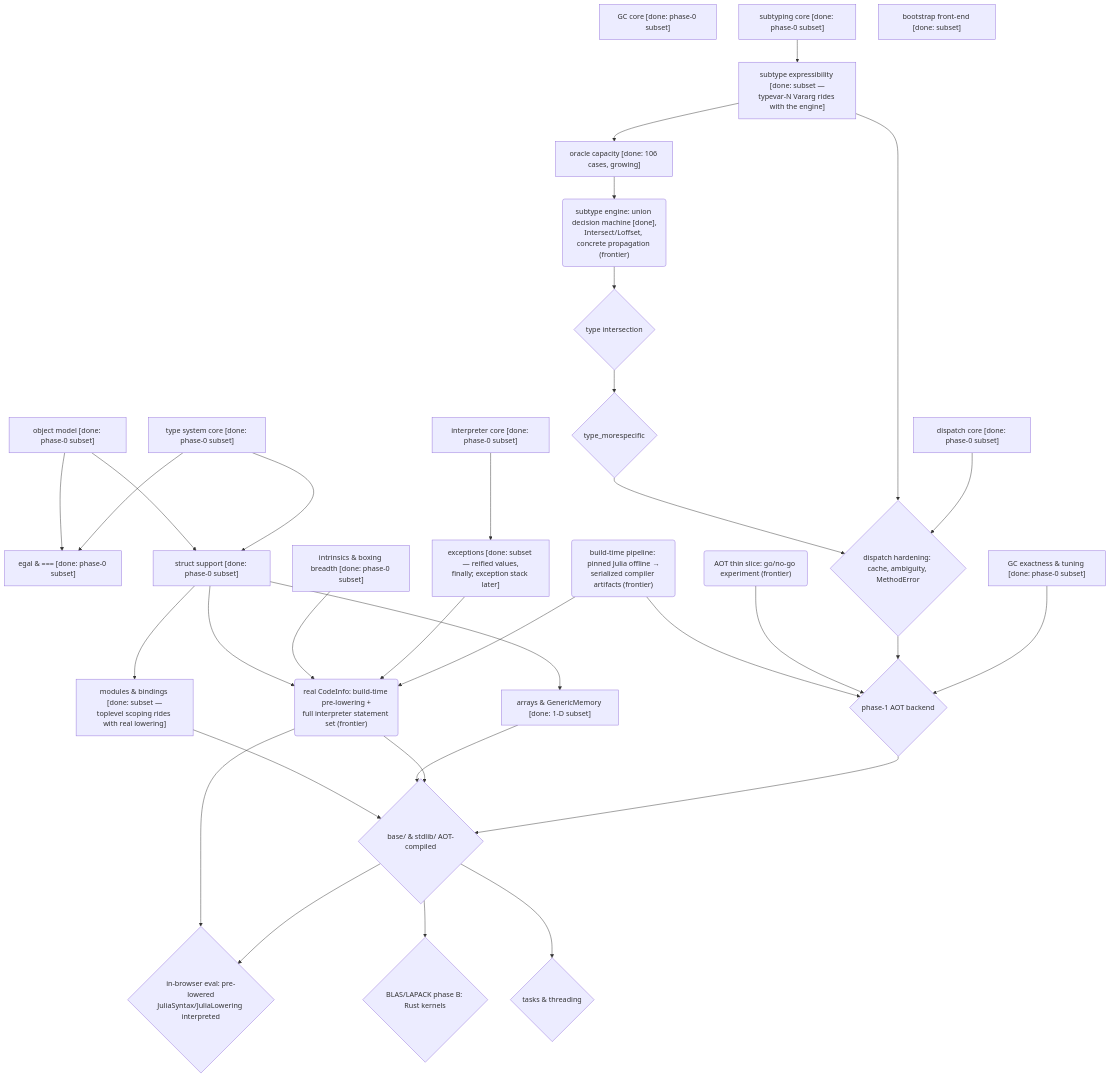
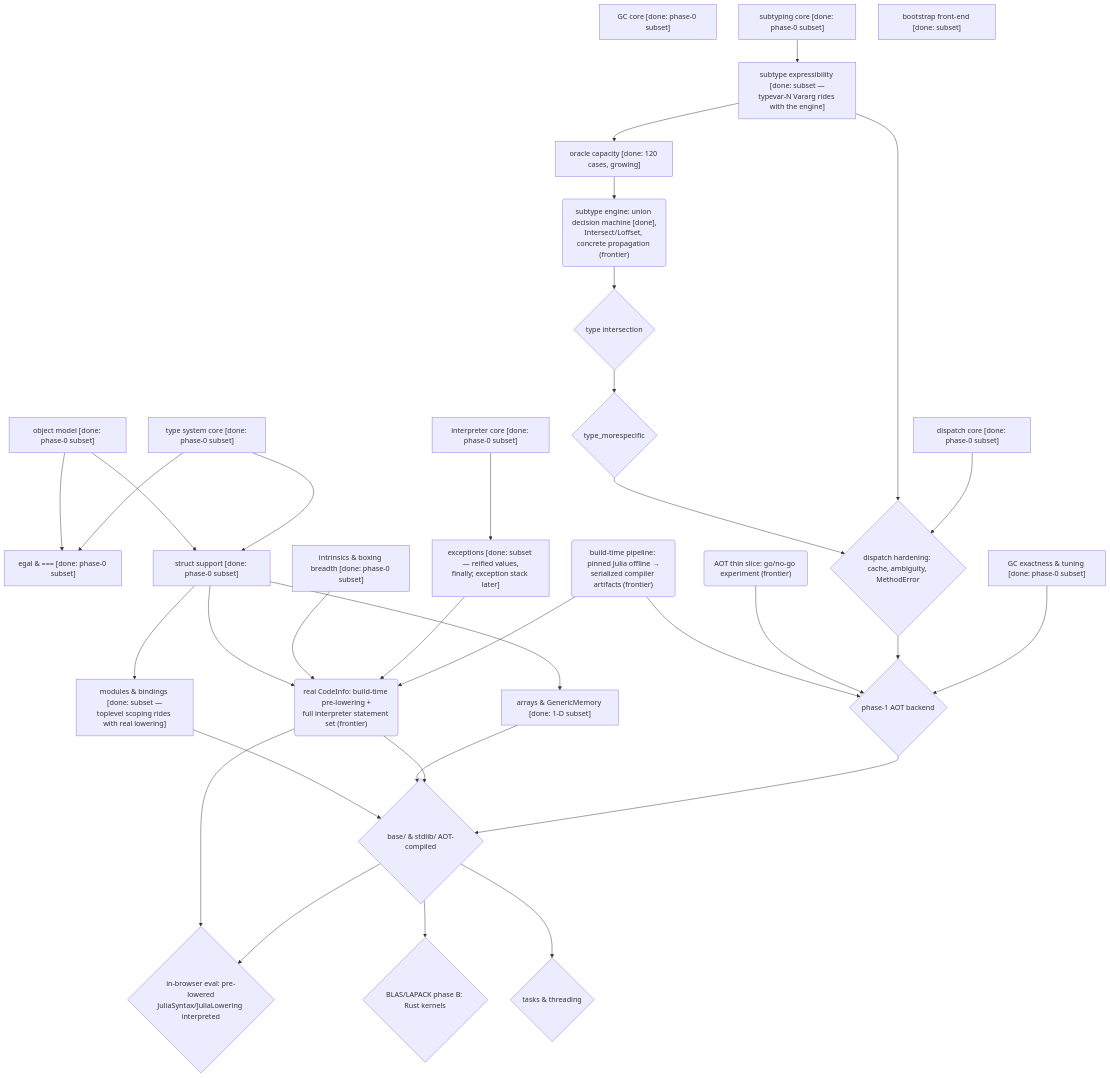
Before and after one commit to andy-emerson/Ruju: the diagram in design/strategy.md, drawn with Mermaid. The commit also changed 3 other files, not shown here.

````diff
--- a/design/strategy.md
+++ b/design/strategy.md
@@ -127,65 +127,65 @@
 ```mermaid
 flowchart TD
     OBJ["object model [done: phase-0 subset]"]
     GC0["GC core [done: phase-0 subset]"]
     TYPES["type system core [done: phase-0 subset]"]
     SUB0["subtyping core [done: phase-0 subset]"]
     DISP0["dispatch core [done: phase-0 subset]"]
     INTERP0["interpreter core [done: phase-0 subset]"]
     FE0["bootstrap front-end [done: subset]"]
 
     EGAL["egal & === [done: phase-0 subset]"]
     STRUCTS["struct support [done: phase-0 subset]"]
     INTRIN["intrinsics & boxing breadth [done: phase-0 subset]"]
     GCX["GC exactness & tuning [done: phase-0 subset]"]
     SUBXE["subtype expressibility [done: subset —<br/>typevar-N Vararg rides with the engine]"]
     EXC["exceptions [done: subset — reified values,<br/>finally; exception stack later]"]
 
-    ORACLE["oracle capacity [done: 106 cases, growing]"]
+    ORACLE["oracle capacity [done: 120 cases, growing]"]
     SUBXM("subtype engine: union decision machine [done],<br/>Intersect/Loffset, concrete propagation (frontier)")
     ISECT{"type intersection"}
     MORESPEC{"type_morespecific"}
     DISPX{"dispatch hardening: cache, ambiguity, MethodError"}
     ARRAYS["arrays & GenericMemory [done: 1-D subset]"]
     MODULES["modules & bindings [done: subset —<br/>toplevel scoping rides with real lowering]"]
     BOOTPIPE("build-time pipeline: pinned Julia offline →<br/>serialized compiler artifacts (frontier)")
     THINSLICE("AOT thin slice: go/no-go experiment (frontier)")
     LOWER("real CodeInfo: build-time pre-lowering +<br/>full interpreter statement set (frontier)")
     EVAL{"in-browser eval: pre-lowered<br/>JuliaSyntax/JuliaLowering interpreted"}
     AOT{"phase-1 AOT backend"}
     BASE{"base/ & stdlib/ AOT-compiled"}
     BLAS{"BLAS/LAPACK phase B: Rust kernels"}
     TASKS{"tasks & threading"}
 
     OBJ --> STRUCTS
     TYPES --> STRUCTS
     OBJ --> EGAL
     TYPES --> EGAL
     SUB0 --> SUBXE
     SUBXE --> ORACLE
     ORACLE --> SUBXM
     SUBXM --> ISECT
     ISECT --> MORESPEC
     MORESPEC --> DISPX
     SUBXE --> DISPX
     DISP0 --> DISPX
     STRUCTS --> ARRAYS
     STRUCTS --> MODULES
     INTERP0 --> EXC
     STRUCTS --> LOWER
     INTRIN --> LOWER
     EXC --> LOWER
     BOOTPIPE --> LOWER
     BOOTPIPE --> AOT
     THINSLICE --> AOT
     LOWER --> EVAL
     BASE --> EVAL
     MODULES --> BASE
     ARRAYS --> BASE
     LOWER --> BASE
     AOT --> BASE
     DISPX --> AOT
     GCX --> AOT
     BASE --> BLAS
     BASE --> TASKS
 ```
````
